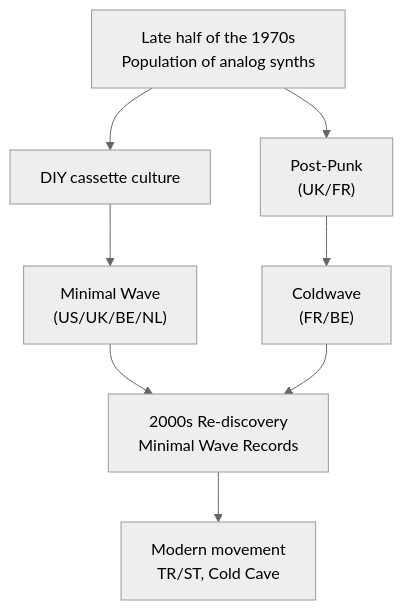
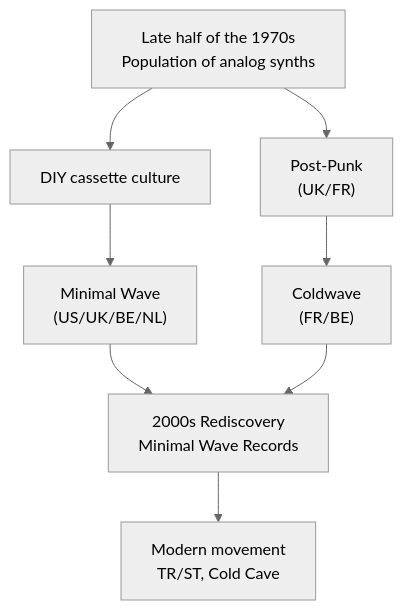
Before and after one commit to monumental-movement/monumental-movement.github.io: the first of 2 diagrams in en/_posts/2025-12-08-column-minimalwave-coldwave.md, drawn with Mermaid (neutral theme). The commit also changed other lines of this file and 399 other files, not shown here.

```diff
--- a/en/_posts/2025-12-08-column-minimalwave-coldwave.md
+++ b/en/_posts/2025-12-08-column-minimalwave-coldwave.md
@@ -227,10 +227,10 @@
 <div class="mermaid">
 flowchart TD
     A["Late half of the 1970s<br>Population of analog synths"] --> B["DIY cassette culture"]
     B --> C["Minimal Wave<br>(US/UK/BE/NL)"]
     A --> D["Post-Punk<br>(UK/FR)"]
     D --> E["Coldwave<br>(FR/BE)"]
-    C --> F["2000s Re-discovery<br>Minimal Wave Records"]
+    C --> F["2000s Rediscovery<br>Minimal Wave Records"]
     E --> F
     F --> G["Modern movement<br>TR/ST, Cold Cave"]
 </div>
```
